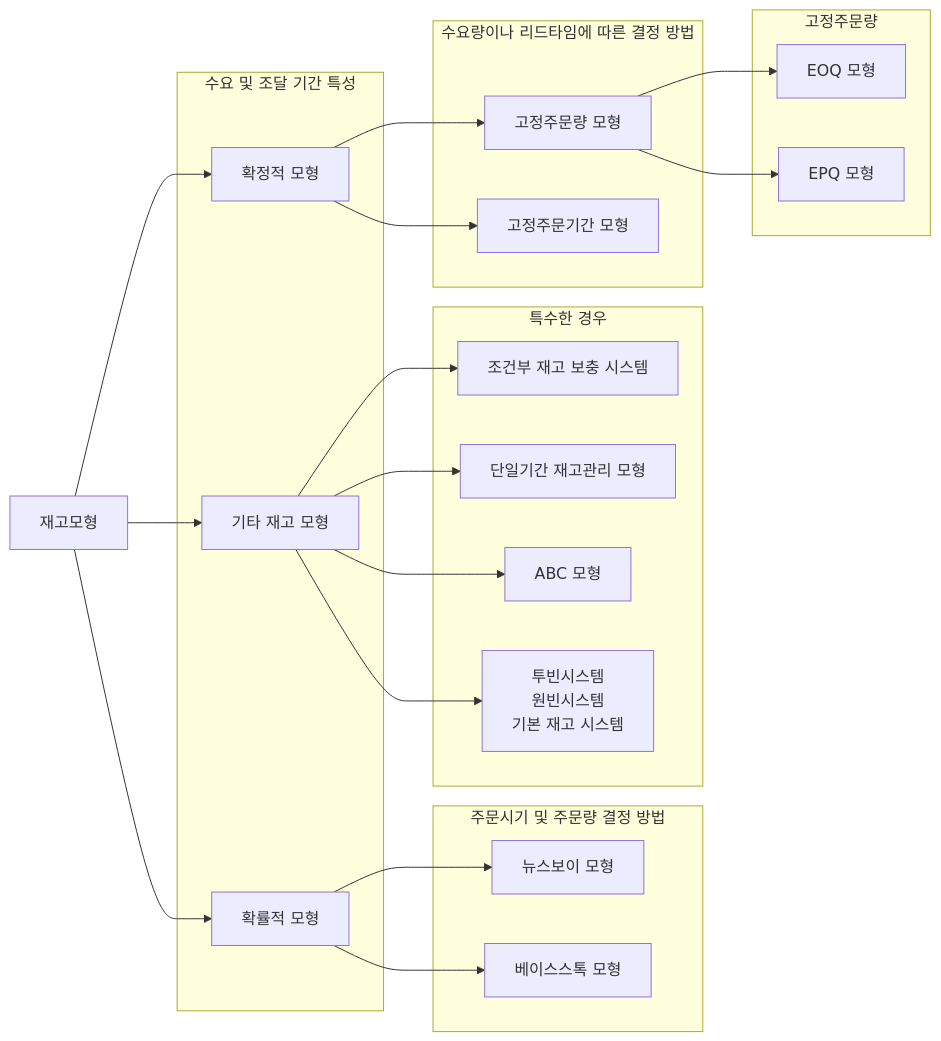
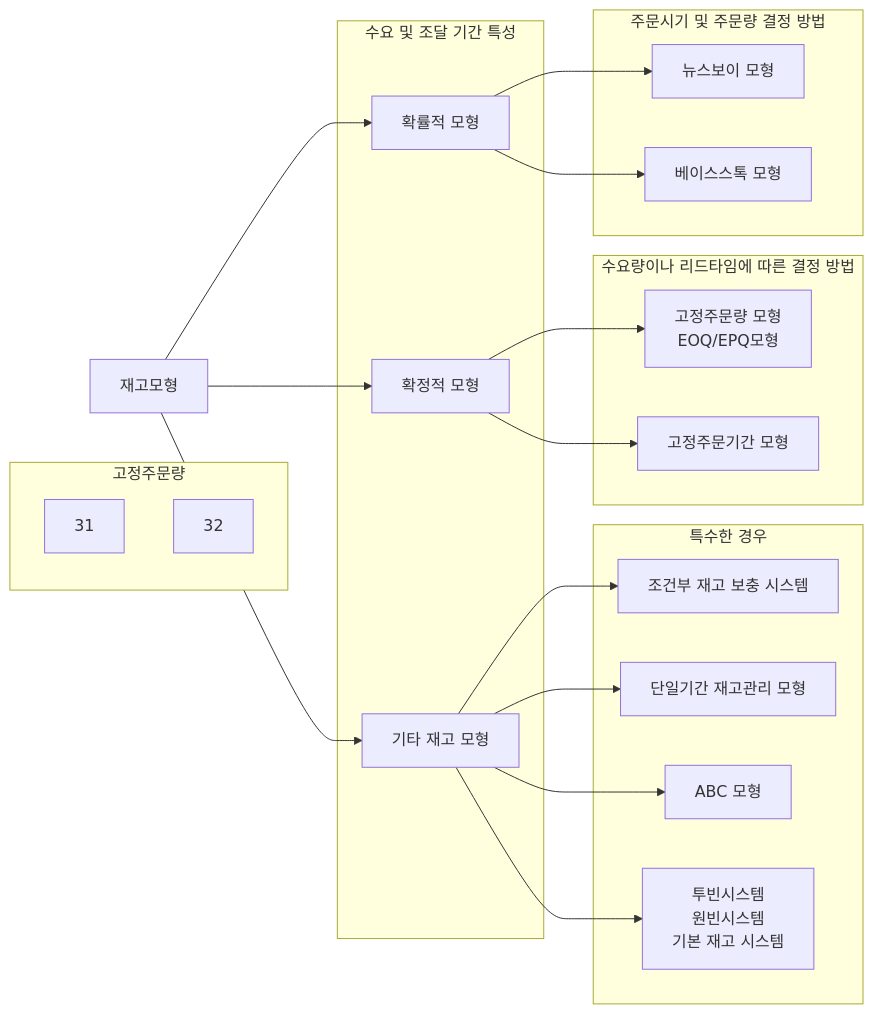
Before and after one commit to yeonkyupark/pepc2e: the fourth of 5 diagrams in 0401재고관리.qmd, drawn with Mermaid.

````diff
--- a/0401재고관리.qmd
+++ b/0401재고관리.qmd
@@ -198,52 +198,49 @@
 ```{mermaid}
 %%| fig-cap: "재고관리 모형 유형"
 
 flowchart LR
 
 0[재고모형]
 11[확정적 모형]
 12[확률적 모형]
 13[기타 재고 모형]
-21[고정주문량 모형]
+21[고정주문량 모형<br>EOQ/EPQ모형]
 22[고정주문기간 모형]
 23[조건부 재고 보충 시스템]
 24[단일기간 재고관리 모형]
 25[ABC 모형]
 26["투빈시스템<br>원빈시스템<br>기본 재고 시스템"]
-31[EOQ 모형]
-32[EPQ 모형]
 
 subgraph s4[특수한 경우]
 23
 24
 25
 26
 end
 
 subgraph s1[수요 및 조달 기간 특성]
 11
 12
 13
 end
 
 subgraph s2[수요량이나 리드타임에 따른 결정 방법]
 21
 22
 end
 
 subgraph s21[주문시기 및 주문량 결정 방법]
 211[뉴스보이 모형]
 212[베이스스톡 모형]
 end
 
 subgraph s3[고정주문량]
 31
 32
 end
 
 0 --> 11 & 12 & 13
 11 --> 21 & 22
 12 --> 211 & 212
 13 --> 23 & 24 & 25 & 26
-21 --> 31 & 32
 ```
````
